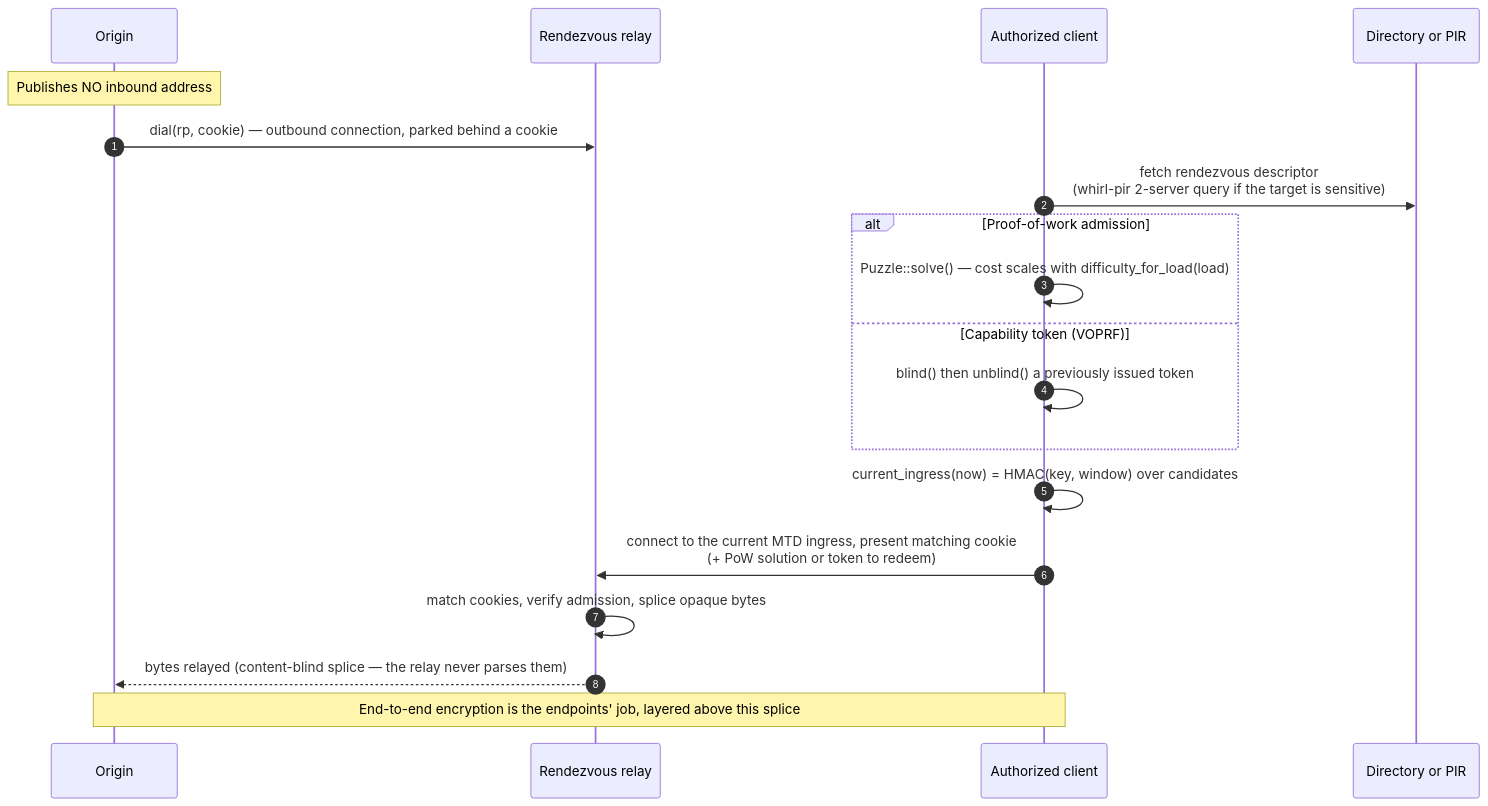
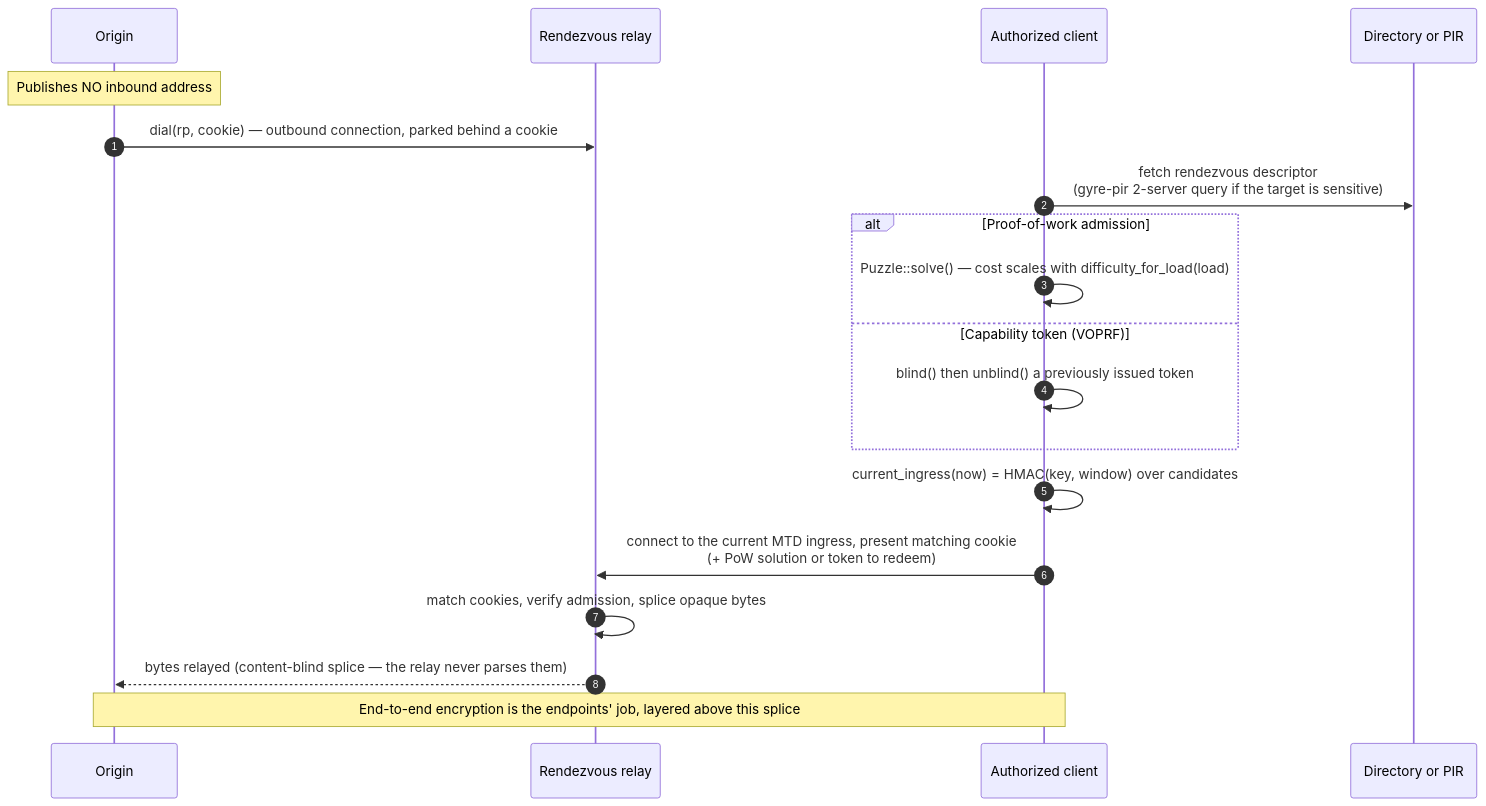
The third of 3 diagrams in docs/ARCHITECTURE.md (rupeshbharambe24/Gyre), drawn with Mermaid before and after one commit. The commit also changed other lines of this file and 87 other files, not shown here.

````diff
--- a/docs/ARCHITECTURE.md
+++ b/docs/ARCHITECTURE.md
@@ -176,22 +176,22 @@
 ```mermaid
 sequenceDiagram
     autonumber
     participant O as Origin
     participant RP as Rendezvous relay
     participant Cl as Authorized client
     participant Dir as Directory or PIR
 
     Note over O: Publishes NO inbound address
     O->>RP: dial(rp, cookie) — outbound connection, parked behind a cookie
-    Cl->>Dir: fetch rendezvous descriptor<br/>(whirl-pir 2-server query if the target is sensitive)
+    Cl->>Dir: fetch rendezvous descriptor<br/>(gyre-pir 2-server query if the target is sensitive)
     alt Proof-of-work admission
         Cl->>Cl: Puzzle::solve() — cost scales with difficulty_for_load(load)
     else Capability token (VOPRF)
         Cl->>Cl: blind() then unblind() a previously issued token
     end
     Cl->>Cl: current_ingress(now) = HMAC(key, window) over candidates
     Cl->>RP: connect to the current MTD ingress, present matching cookie<br/>(+ PoW solution or token to redeem)
     RP->>RP: match cookies, verify admission, splice opaque bytes
     RP-->>O: bytes relayed (content-blind splice — the relay never parses them)
     Note over Cl,O: End-to-end encryption is the endpoints' job, layered above this splice
 ```
````
